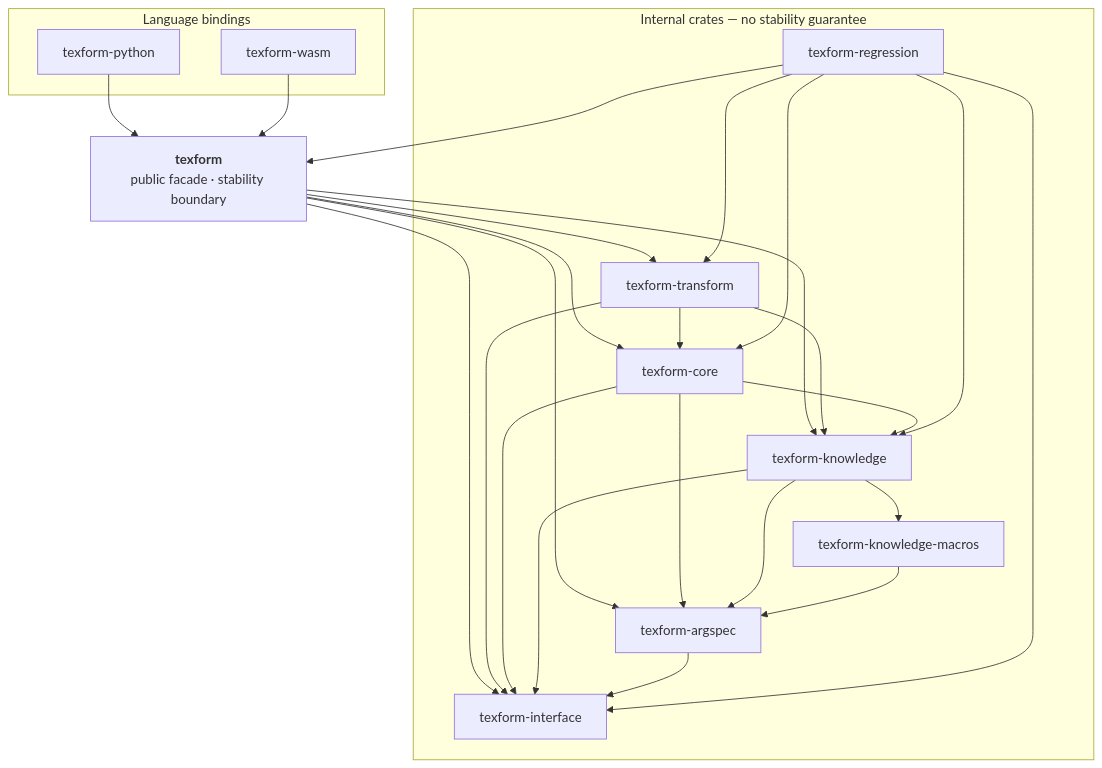
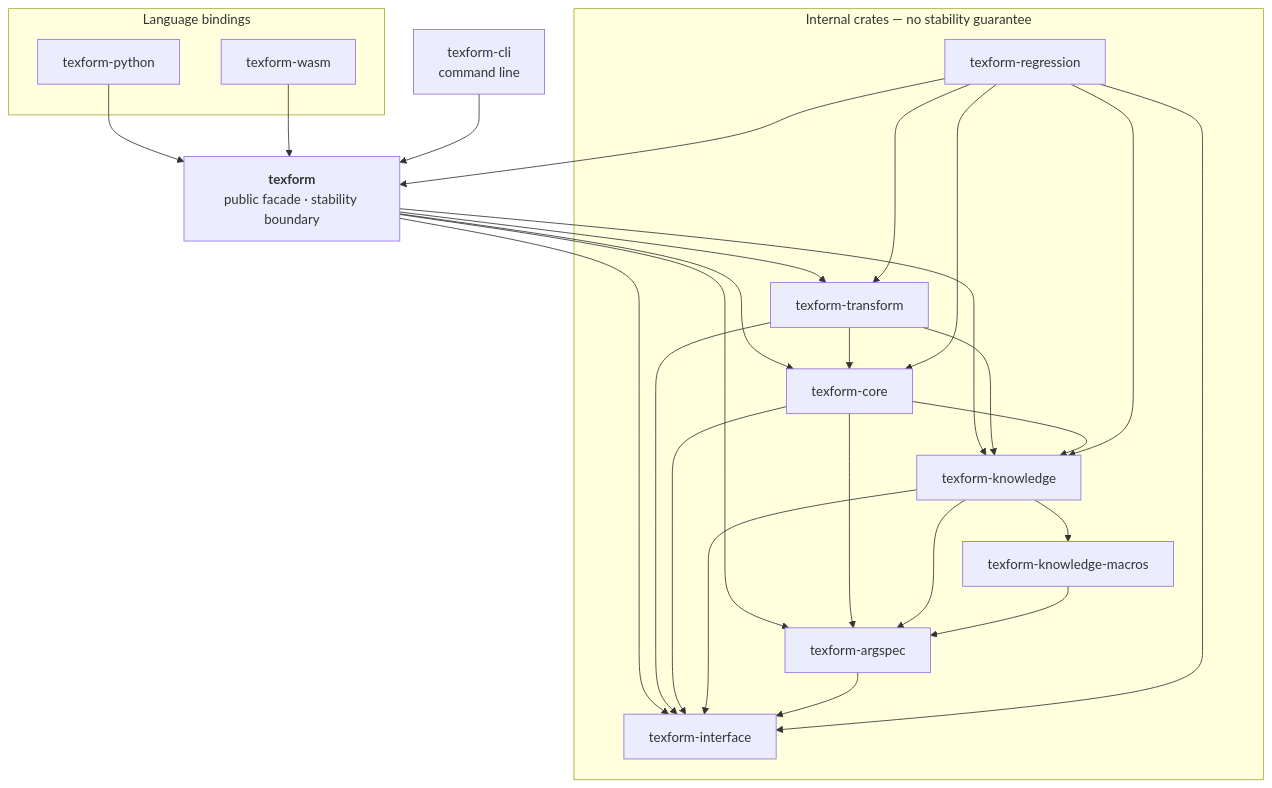
One commit to texform-dev/texform changed the diagram in ARCHITECTURE.md. Above: the diagram before and after it, drawn with Mermaid. The commit also changed other lines of this file and 27 other files, not shown here.

First line of the commit message:
feat(cli): add formula and knowledge subcommands to `texform`

````diff
--- a/ARCHITECTURE.md
+++ b/ARCHITECTURE.md
@@ -9,43 +9,46 @@
 ```mermaid
 graph TD
     subgraph bindings["Language bindings"]
         py["texform-python"]
         wasm["texform-wasm"]
     end
+
+    cli["texform-cli<br/>command line"]
 
     facade["<b>texform</b><br/>public facade · stability boundary"]
 
     subgraph internal["Internal crates — no stability guarantee"]
         transform["texform-transform"]
         core["texform-core"]
         knowledge["texform-knowledge"]
         knowledge_macros["texform-knowledge-macros"]
         argspec["texform-argspec"]
         interface["texform-interface"]
         regression["texform-regression"]
     end
 
     py --> facade
     wasm --> facade
+    cli --> facade
     facade --> transform
     facade --> core
     facade --> knowledge
     facade --> argspec
     facade --> interface
     transform --> core
     transform --> knowledge
     transform --> interface
     core --> knowledge
     core --> argspec
     core --> interface
     knowledge --> argspec
     knowledge --> knowledge_macros
     knowledge --> interface
     knowledge_macros --> argspec
     argspec --> interface
     regression --> facade
     regression --> transform
     regression --> core
     regression --> knowledge
     regression --> interface
 ```
````
